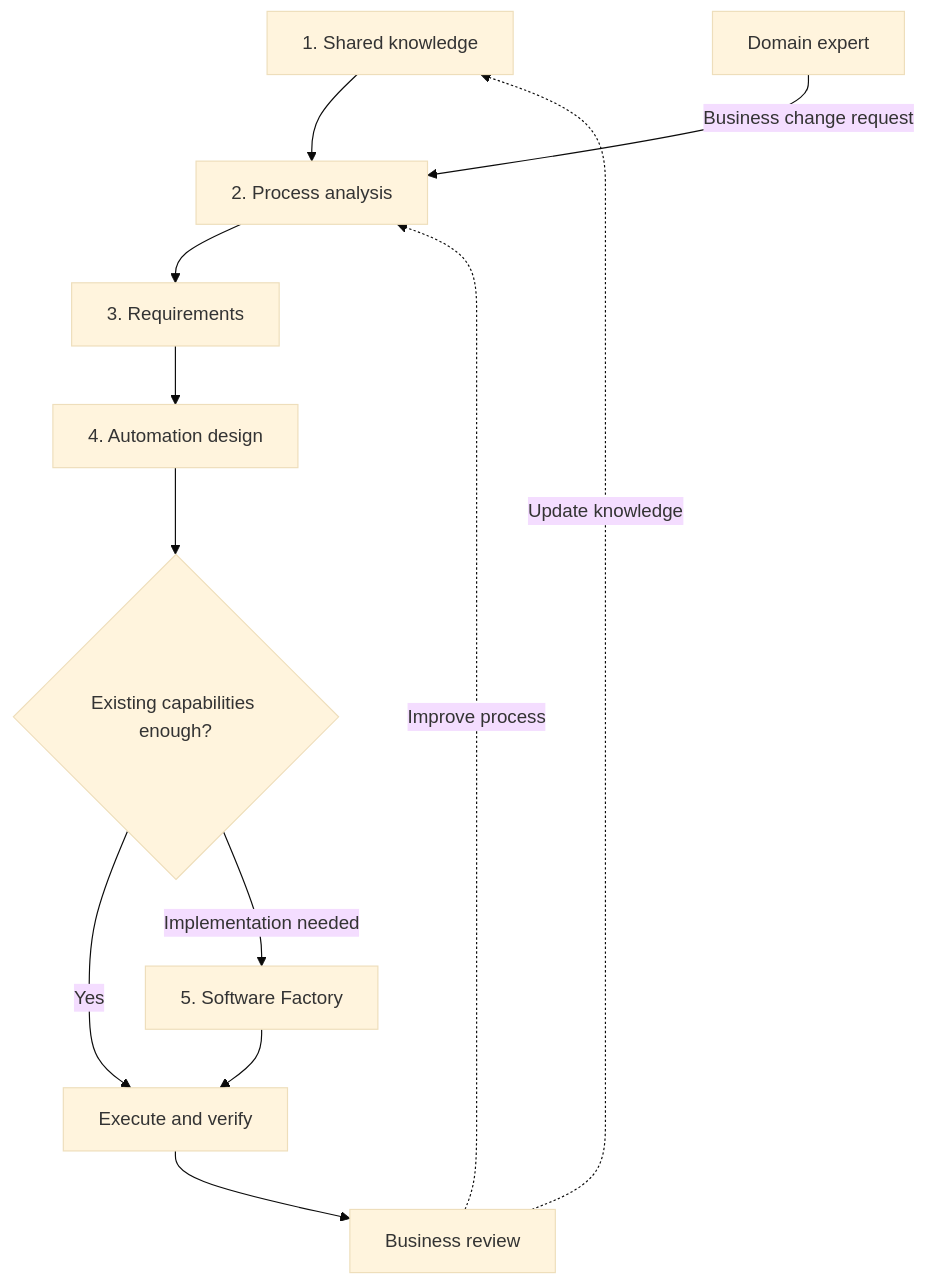
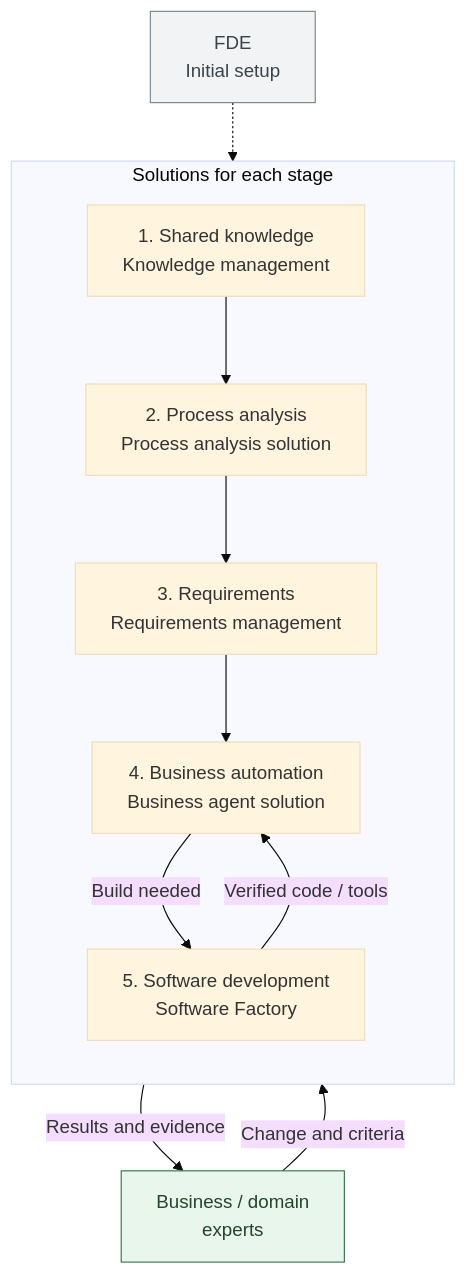
One commit to haandol/haandol.github.com changed the third of 7 diagrams in _en/2026-11-05-enterprise-wide-ax-essentials.md. Above: the diagram before and after it, drawn with Mermaid (base theme). The commit also changed other lines of this file and 1 other file, not shown here.

Commit message:
docs: map AX stages to solutions that sustain domain-led change

````diff
--- a/_en/2026-11-05-enterprise-wide-ax-essentials.md
+++ b/_en/2026-11-05-enterprise-wide-ax-essentials.md
@@ -107,14 +107,18 @@
 ```mermaid
 flowchart TB
-  K["1. Shared knowledge"] --> P["2. Process analysis"]
-  U["Domain expert"] -->|"Business change request"| P
-  P --> R["3. Requirements"]
-  R --> A["4. Automation design"]
-  A --> D{"Existing capabilities enough?"}
-  D -->|"Yes"| E["Execute and verify"]
-  D -->|"Implementation needed"| F["5. Software Factory"]
-  F --> E
-  E --> V["Business review"]
-  V -.->|"Update knowledge"| K
-  V -.->|"Improve process"| P
+  FDE["FDE<br/>Initial setup"] -.-> S
+  subgraph S["Solutions for each stage"]
+    direction TB
+    K["1. Shared knowledge<br/>Knowledge management"] --> P["2. Process analysis<br/>Process analysis solution"]
+    P --> R["3. Requirements<br/>Requirements management"]
+    R --> A["4. Business automation<br/>Business agent solution"]
+    A -->|"Build needed"| F["5. Software development<br/>Software Factory"]
+    F -->|"Verified code / tools"| A
+  end
+  U["Business / domain<br/>experts"] -->|"Change and criteria"| P
+  A -->|"Results and evidence"| U
+  classDef expert fill:#e9f6ec,stroke:#3c7754,color:#23452b
+  classDef setup fill:#f1f3f5,stroke:#7d8790,color:#39434c
+  class U expert
+  class FDE setup
 ```
````
